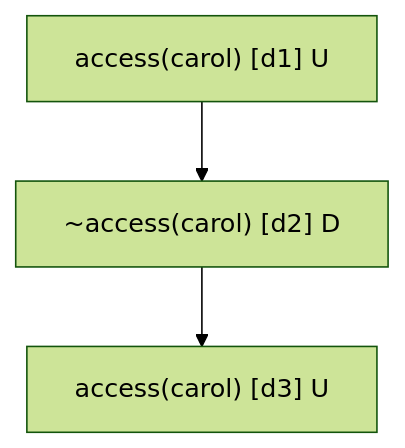
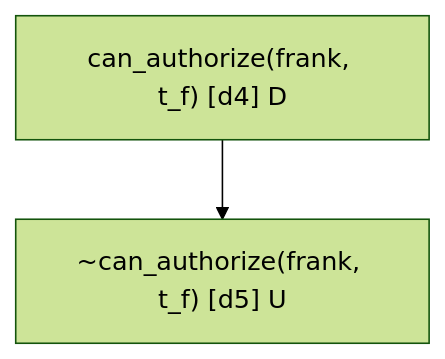
The diagram in README.md (ctoth/gunray), drawn with Mermaid (forest theme) before and after one commit. The commit also changed other lines of this file and 7 other files, not shown here.

````diff
--- a/README.md
+++ b/README.md
@@ -344,8 +387,6 @@
 ```mermaid
 flowchart TD
-    n0["access(carol) [d1] U"]
-    n1["~access(carol) [d2] D"]
-    n2["access(carol) [d3] U"]
-    n1 --> n2
+    n0["can_authorize(frank, t_f) [d4] D"]
+    n1["~can_authorize(frank, t_f) [d5] U"]
     n0 --> n1
 ```
````
